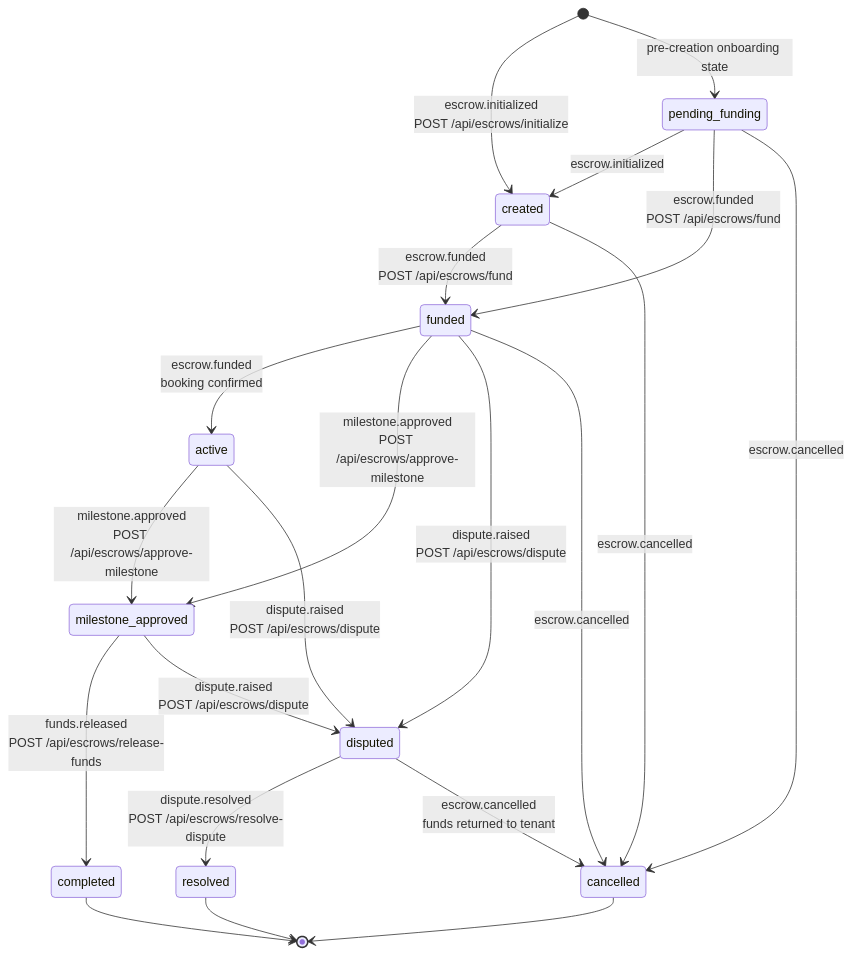
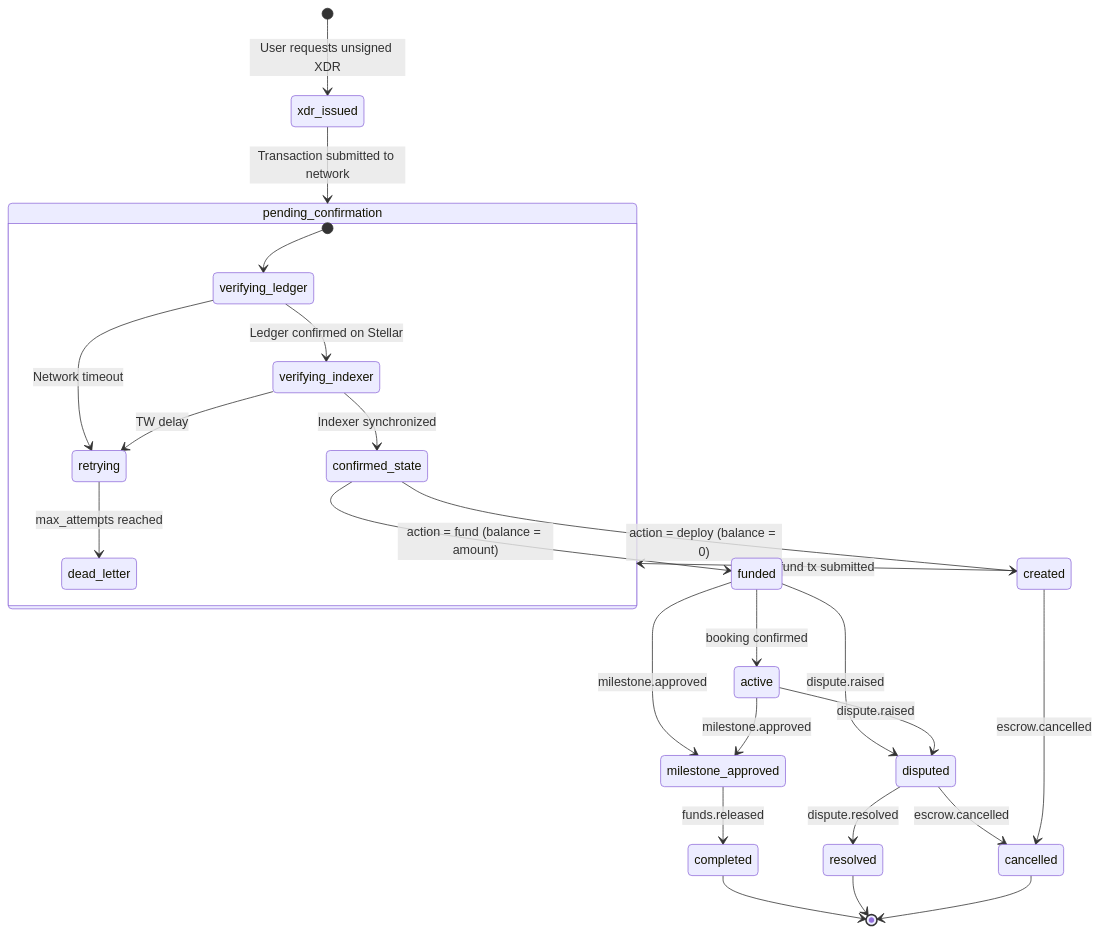
Before and after one commit to safetrustcr/backend-SafeTrust: the third of 3 diagrams in docs/stellar/escrow-lifecycle.md, drawn with Mermaid. The commit also changed other lines of this file and 12 other files, not shown here.

Commit message:
feat(escrow): implement transaction confirmation and TW indexing with durable retries (#690)

````diff
--- a/docs/stellar/escrow-lifecycle.md
+++ b/docs/stellar/escrow-lifecycle.md
@@ -23,32 +221,32 @@
 ```mermaid
 stateDiagram-v2
-    [*] --> created : escrow.initialized<br/>POST /api/escrows/initialize
-    [*] --> pending_funding : pre-creation onboarding state
+    [*] --> xdr_issued : User requests unsigned XDR
+    xdr_issued --> pending_confirmation : Transaction submitted to network
+    
+    state pending_confirmation {
+        [*] --> verifying_ledger
+        verifying_ledger --> verifying_indexer : Ledger confirmed on Stellar
+        verifying_indexer --> confirmed_state : Indexer synchronized
+        verifying_ledger --> retrying : Network timeout
+        verifying_indexer --> retrying : TW delay
+        retrying --> dead_letter : max_attempts reached
+    }
 
-    pending_funding --> created : escrow.initialized
+    confirmed_state --> created : action = deploy (balance = 0)
+    confirmed_state --> funded : action = fund (balance = amount)
 
-    created --> funded : escrow.funded<br/>POST /api/escrows/fund
-    pending_funding --> funded : escrow.funded<br/>POST /api/escrows/fund
-
-    funded --> active : escrow.funded<br/>booking confirmed
-
-    funded --> milestone_approved : milestone.approved<br/>POST /api/escrows/approve-milestone
-    active --> milestone_approved : milestone.approved<br/>POST /api/escrows/approve-milestone
-
-    milestone_approved --> completed : funds.released<br/>POST /api/escrows/release-funds
-
-    funded --> disputed : dispute.raised<br/>POST /api/escrows/dispute
-    active --> disputed : dispute.raised<br/>POST /api/escrows/dispute
-    milestone_approved --> disputed : dispute.raised<br/>POST /api/escrows/dispute
-
-    disputed --> resolved : dispute.resolved<br/>POST /api/escrows/resolve-dispute
-    disputed --> cancelled : escrow.cancelled<br/>funds returned to tenant
-
+    created --> pending_confirmation : fund tx submitted
+    funded --> active : booking confirmed
+    funded --> milestone_approved : milestone.approved
+    active --> milestone_approved : milestone.approved
+    milestone_approved --> completed : funds.released
+    funded --> disputed : dispute.raised
+    active --> disputed : dispute.raised
+    disputed --> resolved : dispute.resolved
+    disputed --> cancelled : escrow.cancelled
     created --> cancelled : escrow.cancelled
-    pending_funding --> cancelled : escrow.cancelled
-    funded --> cancelled : escrow.cancelled
 
     completed --> [*]
     resolved --> [*]
     cancelled --> [*]
 ```
````
